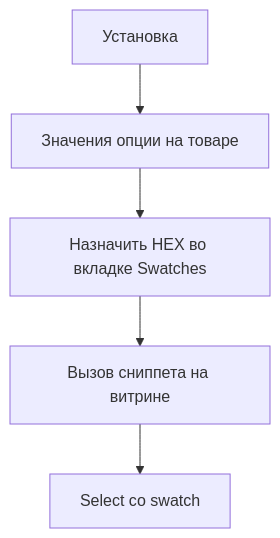
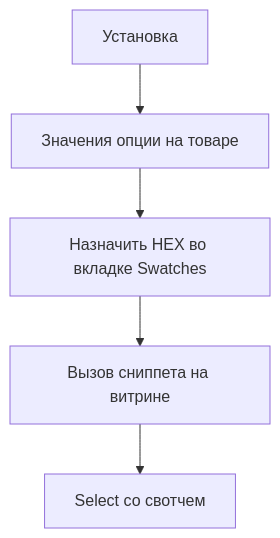
One commit to modx-pro/Docs changed the diagram in docs/components/ms3optionscolor/quick-start.md. Above: the diagram before and after it, drawn with Mermaid. The commit also changed other lines of this file and 54 other files, not shown here.

````diff
--- a/docs/components/ms3optionscolor/quick-start.md
+++ b/docs/components/ms3optionscolor/quick-start.md
@@ -10,9 +10,9 @@
 ```mermaid
 flowchart TB
   Install[Установка]
   Values[Значения опции на товаре]
   Assign[Назначить HEX во вкладке Swatches]
   Snippet[Вызов сниппета на витрине]
-  Select[Select со swatch]
+  Select[Select со свотчем]
   Install --> Values --> Assign --> Snippet --> Select
 ```
````
